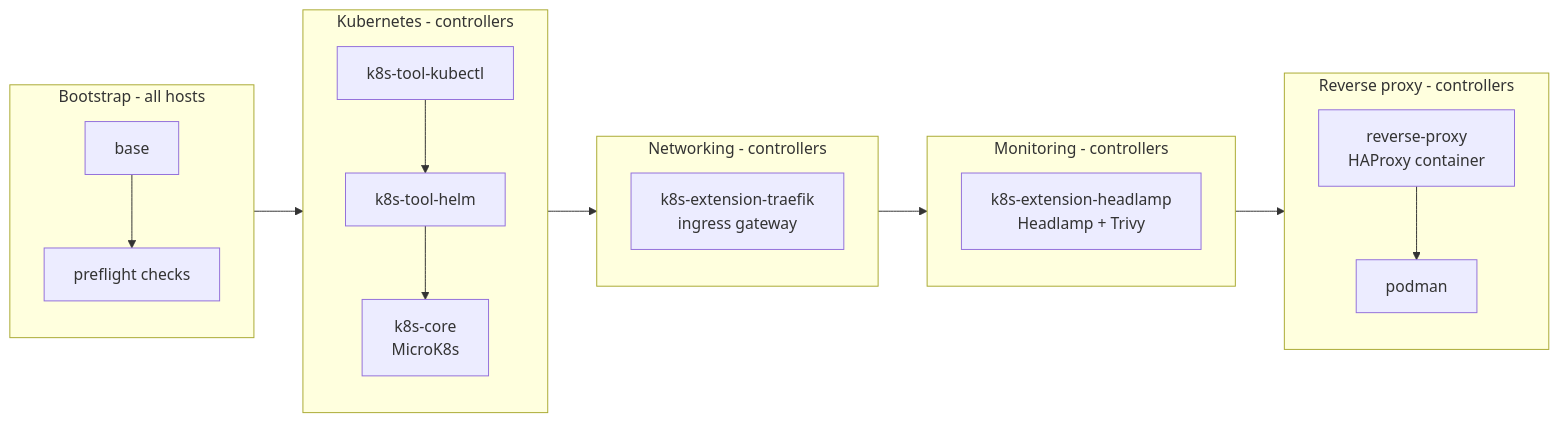
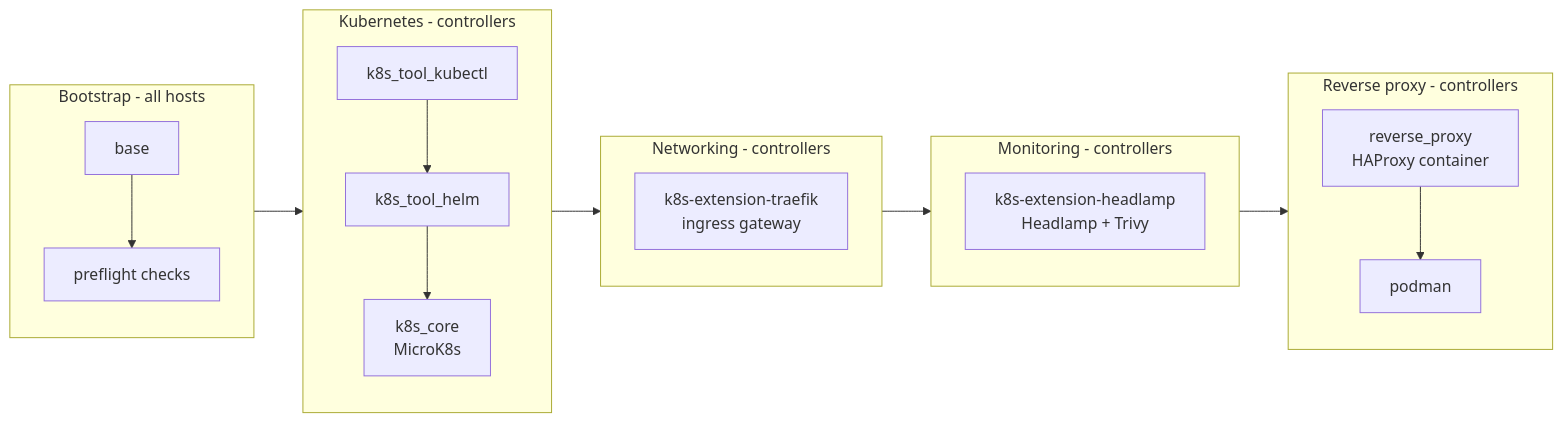
Before and after one commit to this-oliver/homelab: the first of 5 diagrams in docs/architecture.md, drawn with Mermaid. The commit also changed other lines of this file and 82 other files, not shown here.

````diff
--- a/docs/architecture.md
+++ b/docs/architecture.md
@@ -16,31 +16,31 @@
 ```mermaid
 flowchart LR
     subgraph P1[Bootstrap - all hosts]
         base[base]
         preflight[preflight checks]
         base --> preflight
     end
 
     subgraph P2[Kubernetes - controllers]
-        kubectl[k8s-tool-kubectl]
-        helm[k8s-tool-helm]
-        core[k8s-core<br/>MicroK8s]
+        kubectl[k8s_tool_kubectl]
+        helm[k8s_tool_helm]
+        core[k8s_core<br/>MicroK8s]
         kubectl --> helm --> core
     end
 
     subgraph P3[Networking - controllers]
         traefik[k8s-extension-traefik<br/>ingress gateway]
     end
 
     subgraph P4[Monitoring - controllers]
         headlamp[k8s-extension-headlamp<br/>Headlamp + Trivy]
     end
 
     subgraph P5[Reverse proxy - controllers]
-        haproxy[reverse-proxy<br/>HAProxy container]
+        haproxy[reverse_proxy<br/>HAProxy container]
         podman[podman]
         haproxy --> podman
     end
 
     P1 --> P2 --> P3 --> P4 --> P5
 ```
````
